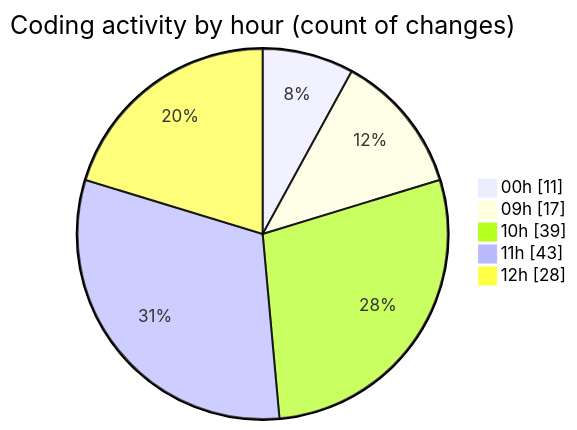
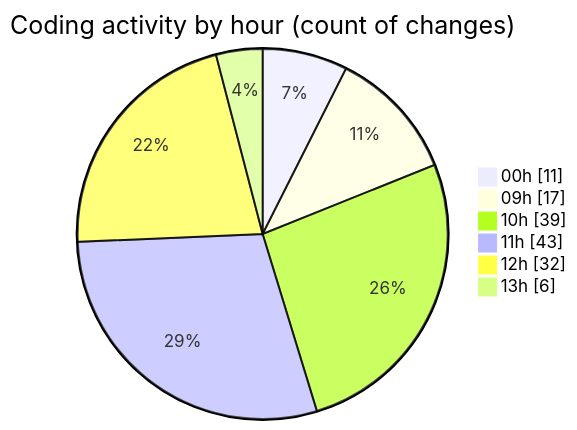
The second of 2 diagrams in 2026-09-02/cda/README.md (momahboobian/code-tracking), drawn with Mermaid before and after one commit. The commit also changed other lines of this file and 1 other file, not shown here.

````diff
--- a/2026-09-02/cda/README.md
+++ b/2026-09-02/cda/README.md
@@ -38,9 +38,10 @@
 ```mermaid
 pie showData
 title Coding activity by hour (count of changes)
 "00h" : 11
 "09h" : 17
 "10h" : 39
 "11h" : 43
-"12h" : 28
+"12h" : 32
+"13h" : 6
 ```
````
